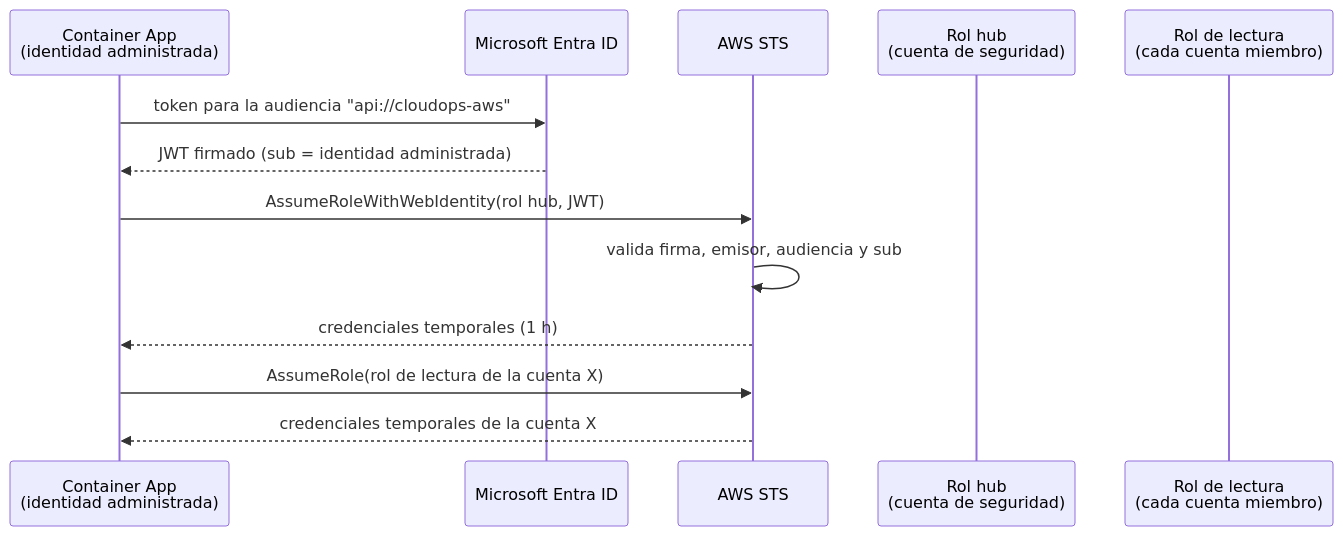
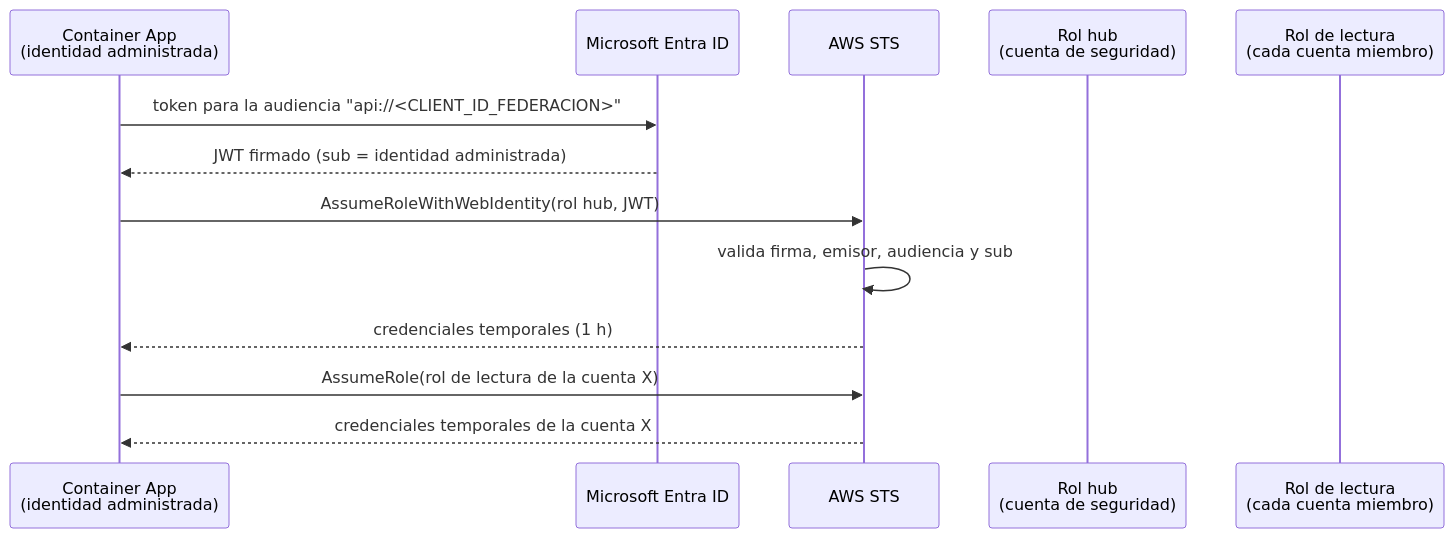
Before and after one commit to miguelortiz13/cloudops-copilot: the diagram in docs/plan/03-multicloud.md, drawn with Mermaid. The commit also changed other lines of this file and 11 other files, not shown here.

````diff
--- a/docs/plan/03-multicloud.md
+++ b/docs/plan/03-multicloud.md
@@ -22,16 +22,16 @@
 ```mermaid
 sequenceDiagram
     participant CA as Container App<br/>(identidad administrada)
     participant ENTRA as Microsoft Entra ID
     participant STS as AWS STS
     participant HUB as Rol hub<br/>(cuenta de seguridad)
     participant MEM as Rol de lectura<br/>(cada cuenta miembro)
 
-    CA->>ENTRA: token para la audiencia "api://cloudops-aws"
+    CA->>ENTRA: token para la audiencia "api://<CLIENT_ID_FEDERACION>"
     ENTRA-->>CA: JWT firmado (sub = identidad administrada)
     CA->>STS: AssumeRoleWithWebIdentity(rol hub, JWT)
     STS->>STS: valida firma, emisor, audiencia y sub
     STS-->>CA: credenciales temporales (1 h)
     CA->>STS: AssumeRole(rol de lectura de la cuenta X)
     STS-->>CA: credenciales temporales de la cuenta X
 ```
````
